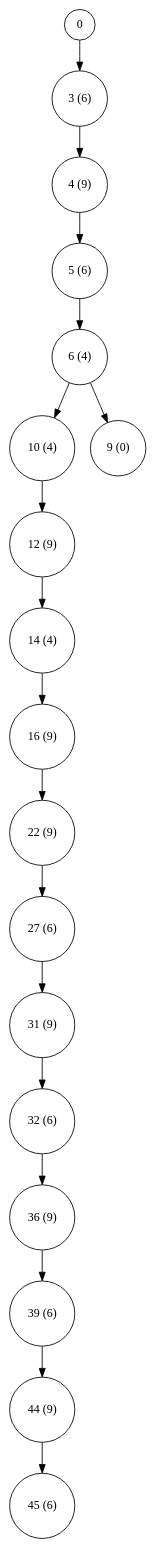
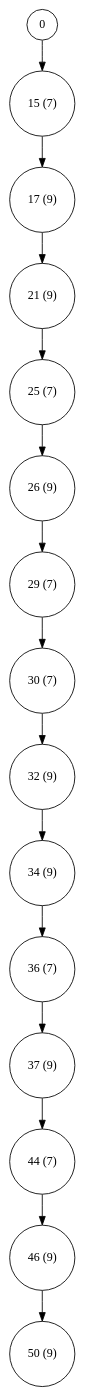
Before and after one commit to cyberbyte53/cs765: the diagram in ass2/temp.dot, drawn with Graphviz. The commit also changed 4 other files, not shown here.

```diff
--- a/ass2/temp.dot
+++ b/ass2/temp.dot
@@ -1,38 +1,32 @@
 digraph tree {
 	"0" [label="0", shape=circle]
-	"3" [label="3 (6)", shape=circle]
-	"4" [label="4 (9)", shape=circle]
-	"5" [label="5 (6)", shape=circle]
-	"6" [label="6 (4)", shape=circle]
-	"10" [label="10 (4)", shape=circle]
-	"9" [label="9 (0)", shape=circle]
-	"12" [label="12 (9)", shape=circle]
-	"14" [label="14 (4)", shape=circle]
-	"16" [label="16 (9)", shape=circle]
-	"22" [label="22 (9)", shape=circle]
-	"27" [label="27 (6)", shape=circle]
-	"31" [label="31 (9)", shape=circle]
-	"32" [label="32 (6)", shape=circle]
-	"36" [label="36 (9)", shape=circle]
-	"39" [label="39 (6)", shape=circle]
-	"44" [label="44 (9)", shape=circle]
-	"45" [label="45 (6)", shape=circle]
+	"15" [label="15 (7)", shape=circle]
+	"17" [label="17 (9)", shape=circle]
+	"21" [label="21 (9)", shape=circle]
+	"25" [label="25 (7)", shape=circle]
+	"26" [label="26 (9)", shape=circle]
+	"29" [label="29 (7)", shape=circle]
+	"30" [label="30 (7)", shape=circle]
+	"32" [label="32 (9)", shape=circle]
+	"34" [label="34 (9)", shape=circle]
+	"36" [label="36 (7)", shape=circle]
+	"37" [label="37 (9)", shape=circle]
+	"44" [label="44 (7)", shape=circle]
+	"46" [label="46 (9)", shape=circle]
+	"50" [label="50 (9)", shape=circle]
 
-	"0" -> "3"
-	"3" -> "4"
-	"4" -> "5"
-	"5" -> "6"
-	"6" -> "10"
-	"6" -> "9"
-	"10" -> "12"
-	"12" -> "14"
-	"14" -> "16"
-	"16" -> "22"
-	"22" -> "27"
-	"27" -> "31"
-	"31" -> "32"
-	"32" -> "36"
-	"36" -> "39"
-	"39" -> "44"
-	"44" -> "45"
+	"0" -> "15"
+	"15" -> "17"
+	"17" -> "21"
+	"21" -> "25"
+	"25" -> "26"
+	"26" -> "29"
+	"29" -> "30"
+	"30" -> "32"
+	"32" -> "34"
+	"34" -> "36"
+	"36" -> "37"
+	"37" -> "44"
+	"44" -> "46"
+	"46" -> "50"
 }
```
